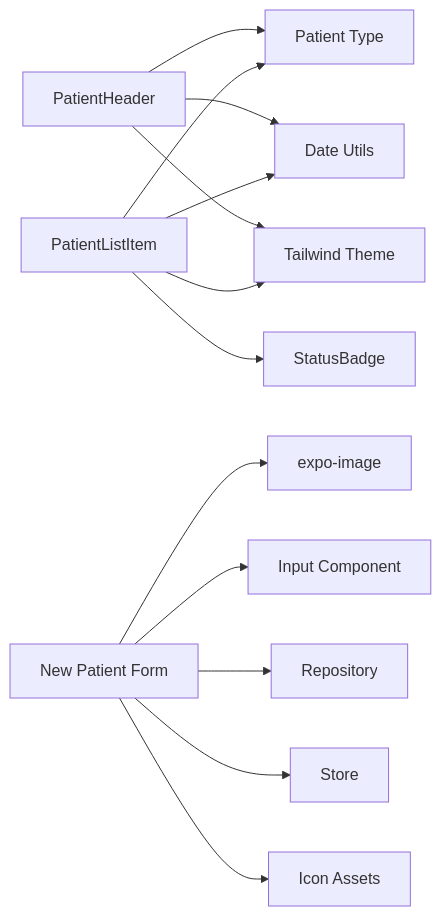
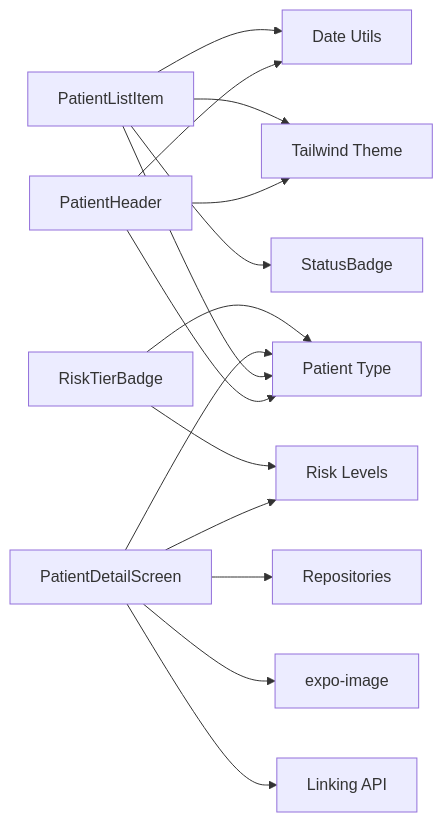
The tenth of 10 diagrams in .qoder/repowiki/en/content/Patient Management/UI Components.md (AdeelTahir-SE/DermSight), drawn with Mermaid before and after one commit. The commit also changed other lines of this file and 23 other files, not shown here.

````diff
--- a/.qoder/repowiki/en/content/Patient Management/UI Components.md
+++ b/.qoder/repowiki/en/content/Patient Management/UI Components.md
@@ -480,15 +483,17 @@
 ```mermaid
 graph LR
 PH["PatientHeader"] --> TY["Patient Type"]
 PH --> DT["Date Utils"]
 PH --> TH["Tailwind Theme"]
 PLI["PatientListItem"] --> TY
 PLI --> SB["StatusBadge"]
 PLI --> DT
 PLI --> TH
-PNF["New Patient Form"] --> IMG["expo-image"]
-PNF --> INP["Input Component"]
-PNF --> REPO["Repository"]
-PNF --> STORE["Store"]
-PNF --> ASSETS["Icon Assets"]
+PDS["PatientDetailScreen"] --> TY
+PDS --> REPO["Repositories"]
+PDS --> RL["Risk Levels"]
+PDS --> IMG["expo-image"]
+PDS --> LINK["Linking API"]
+RTB["RiskTierBadge"] --> RL
+RTB --> TY
 ```
````
